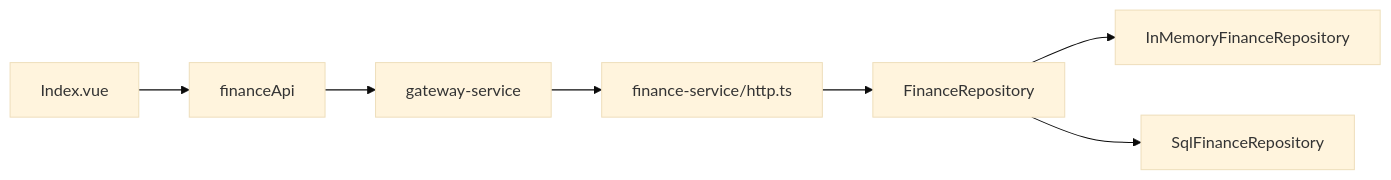
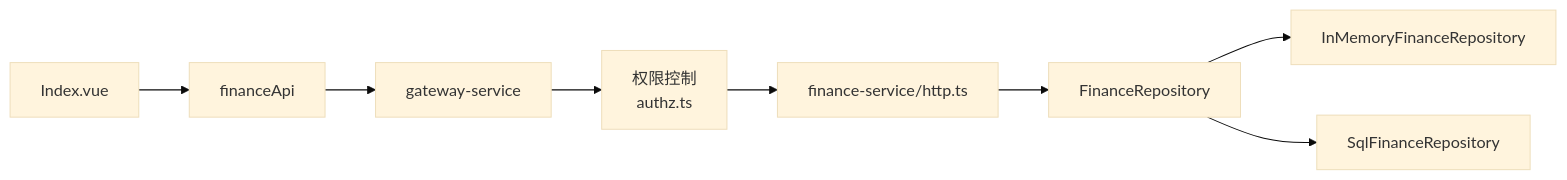
One commit to q446328246/agri-platform changed the sixth of 6 diagrams in .qoder/repowiki/zh/content/前端应用文档/核心页面/财务报表页面.md. Above: the diagram before and after it, drawn with Mermaid (base theme). The commit also changed other lines of this file and 37 other files, not shown here.

````diff
--- a/.qoder/repowiki/zh/content/前端应用文档/核心页面/财务报表页面.md
+++ b/.qoder/repowiki/zh/content/前端应用文档/核心页面/财务报表页面.md
@@ -244,9 +351,10 @@
 ```mermaid
 graph LR
 IndexVue["Index.vue"] --> FinanceApi["financeApi"]
 FinanceApi --> Gateway["gateway-service"]
-Gateway --> FinanceHttp["finance-service/http.ts"]
+Gateway --> Authz["权限控制<br/>authz.ts"]
+Authz --> FinanceHttp["finance-service/http.ts"]
 FinanceHttp --> RepoInterface["FinanceRepository"]
 RepoInterface --> InMemRepo["InMemoryFinanceRepository"]
 RepoInterface --> SqlRepo["SqlFinanceRepository"]
 ```
````
